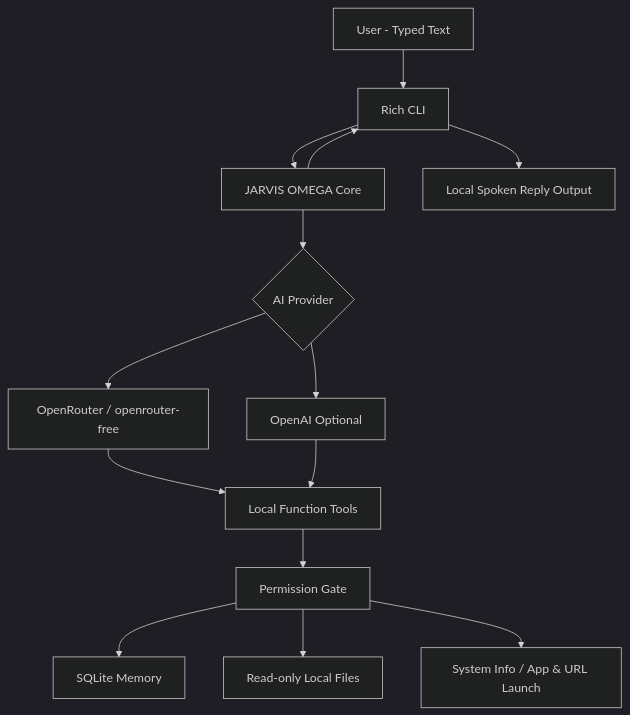
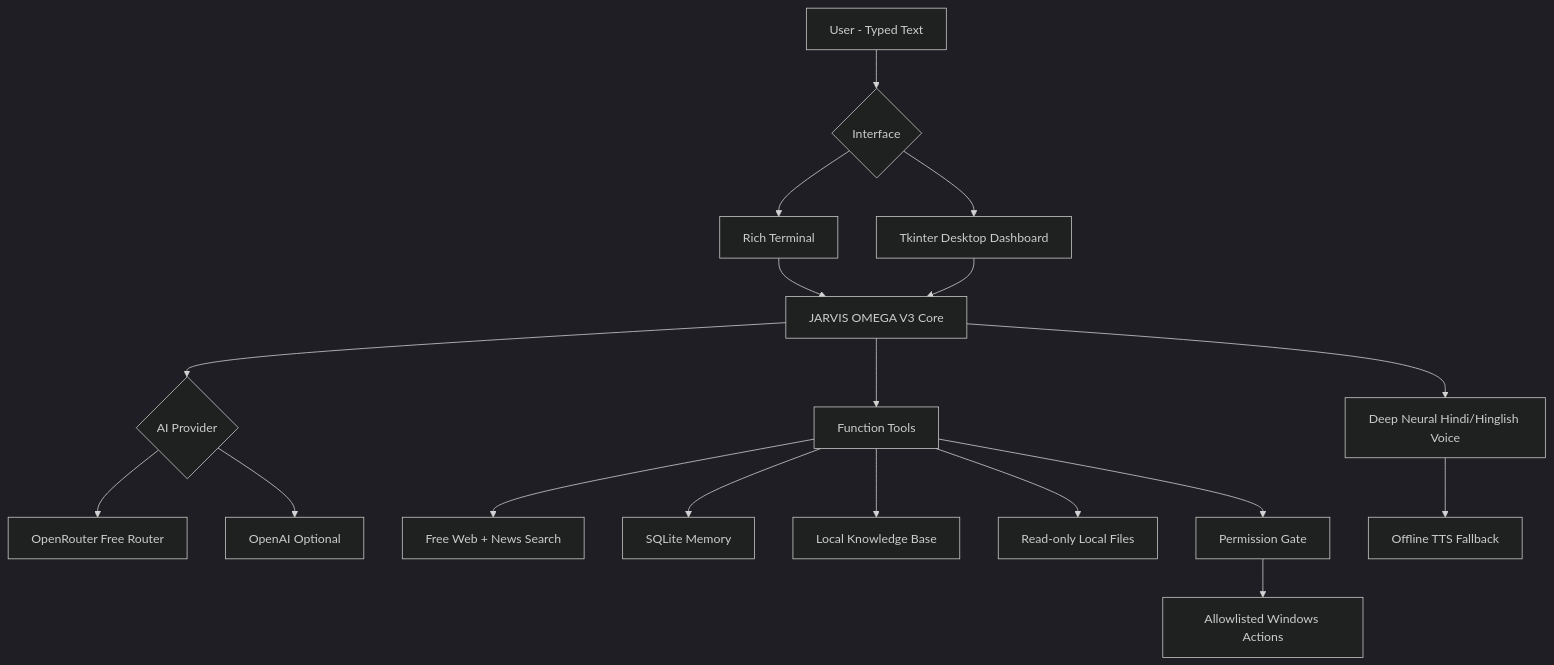
One commit to Adib0105/JARVIS-AI-OMEGA changed the diagram in README.md. Above: the diagram before and after it, drawn with Mermaid (dark theme). The commit also changed other lines of this file, not shown here.

Commit message:
Document JARVIS AI OMEGA V3 advanced feature set

````diff
--- a/README.md
+++ b/README.md
@@ -60,16 +56,20 @@
 ```mermaid
 flowchart TD
-    U[User - Typed Text] --> UI[Rich CLI]
-    UI --> CORE[JARVIS OMEGA Core]
+    U[User - Typed Text] --> UI{Interface}
+    UI --> CLI[Rich Terminal]
+    UI --> GUI[Tkinter Desktop Dashboard]
+    CLI --> CORE[JARVIS OMEGA V3 Core]
+    GUI --> CORE
     CORE --> ROUTER{AI Provider}
-    ROUTER --> OR[OpenRouter / openrouter-free]
+    ROUTER --> OR[OpenRouter Free Router]
     ROUTER --> OA[OpenAI Optional]
-    OR --> TOOLS[Local Function Tools]
-    OA --> TOOLS
+    CORE --> TOOLS[Function Tools]
+    TOOLS --> WEB[Free Web + News Search]
+    TOOLS --> MEM[SQLite Memory]
+    TOOLS --> KB[Local Knowledge Base]
+    TOOLS --> FILES[Read-only Local Files]
     TOOLS --> GATE[Permission Gate]
-    GATE --> MEM[SQLite Memory]
-    GATE --> FILES[Read-only Local Files]
-    GATE --> SYS[System Info / App & URL Launch]
-    CORE --> UI
-    UI --> TTS[Local Spoken Reply Output]
+    GATE --> SYS[Allowlisted Windows Actions]
+    CORE --> TTS[Deep Neural Hindi/Hinglish Voice]
+    TTS --> FALLBACK[Offline TTS Fallback]
 ```
````
